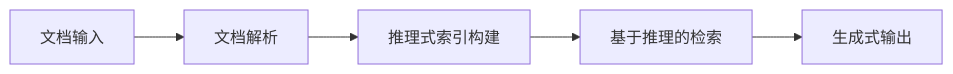
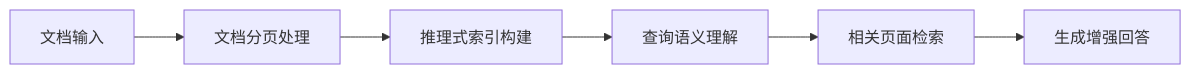
Before and after one commit to wayyoungboy/github-trending-reporter: the seventh of 8 diagrams in reports/2026/01/2026-01-22.md, drawn with Mermaid. The commit also changed other lines of this file and 1 other file, not shown here.

````diff
--- a/reports/2026/01/2026-01-22.md
+++ b/reports/2026/01/2026-01-22.md
@@ -361,7 +374,8 @@
 ```mermaid
 graph LR
-    A[文档输入] --> B[文档解析]
+    A[文档输入] --> B[文档分页处理]
     B --> C[推理式索引构建]
-    C --> D[基于推理的检索]
-    D --> E[生成式输出]
+    C --> D[查询语义理解]
+    D --> E[相关页面检索]
+    E --> F[生成增强回答]
 ```
````
